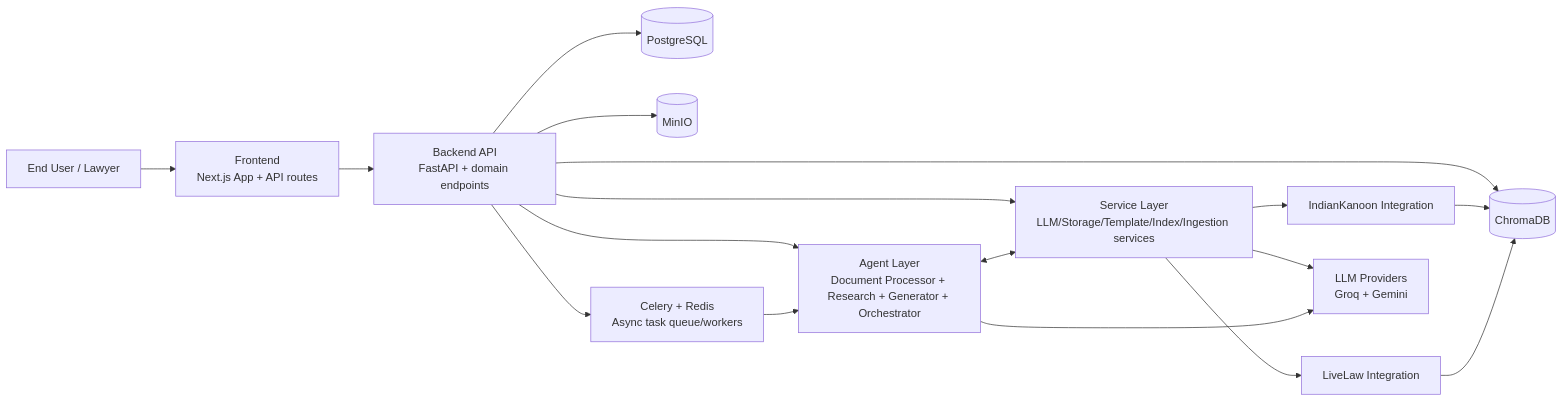
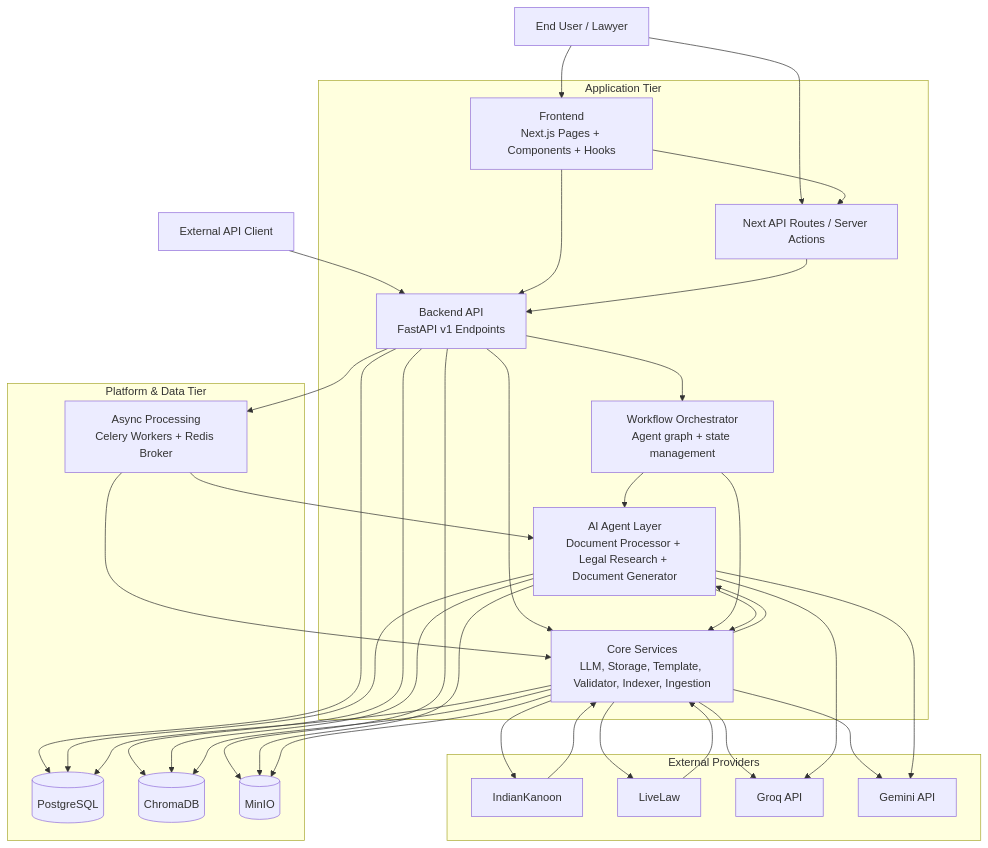
The first of 4 diagrams in docs/system_architecture_diagram.md (delisha02/droitdraft), drawn with Mermaid before and after one commit. The commit also changed other lines of this file, not shown here.

Commit message:
Refine block diagram with explicit interaction mapping

````diff
--- a/docs/system_architecture_diagram.md
+++ b/docs/system_architecture_diagram.md
@@ -7,25 +7,76 @@
 ```mermaid
-flowchart LR
-    User[End User / Lawyer] --> FE[Frontend\nNext.js App + API routes]
-    FE --> BE[Backend API\nFastAPI + domain endpoints]
+flowchart TB
+    %% Clients
+    User[End User / Lawyer]
+    APIClient[External API Client]
 
-    BE --> AG[Agent Layer\nDocument Processor + Research + Generator + Orchestrator]
-    BE --> SV[Service Layer\nLLM/Storage/Template/Index/Ingestion services]
+    %% Application
+    subgraph APP[Application Tier]
+        FE[Frontend\nNext.js Pages + Components + Hooks]
+        NextAPI[Next API Routes / Server Actions]
+        BE[Backend API\nFastAPI v1 Endpoints]
+        Orch[Workflow Orchestrator\nAgent graph + state management]
+        Agents[AI Agent Layer\nDocument Processor + Legal Research + Document Generator]
+        Services[Core Services\nLLM, Storage, Template, Validator, Indexer, Ingestion]
+    end
 
-    AG <--> SV
+    %% Async + Data
+    subgraph PLATFORM[Platform & Data Tier]
+        Queue[Async Processing\nCelery Workers + Redis Broker]
+        PG[(PostgreSQL)]
+        CH[(ChromaDB)]
+        MO[(MinIO)]
+    end
 
-    BE --> PG[(PostgreSQL)]
-    BE --> CH[(ChromaDB)]
-    BE --> MO[(MinIO)]
+    %% External
+    subgraph EXT[External Providers]
+        IK[IndianKanoon]
+        LL[LiveLaw]
+        Groq[Groq API]
+        Gemini[Gemini API]
+    end
 
-    BE --> CQ[Celery + Redis\nAsync task queue/workers]
-    CQ --> AG
+    %% Interaction edges (explicit)
+    User --> FE
+    User --> NextAPI
+    APIClient --> BE
 
-    SV --> IK[IndianKanoon Integration]
-    SV --> LL[LiveLaw Integration]
-    IK --> CH
-    LL --> CH
+    FE --> NextAPI
+    FE --> BE
+    NextAPI --> BE
 
-    SV --> LLM[LLM Providers\nGroq + Gemini]
-    AG --> LLM
+    BE --> Orch
+    BE --> Services
+    BE --> Queue
+
+    Orch --> Agents
+    Orch --> Services
+
+    Agents --> Services
+    Services --> Agents
+
+    Queue --> Agents
+    Queue --> Services
+
+    BE --> PG
+    BE --> CH
+    BE --> MO
+
+    Agents --> PG
+    Agents --> CH
+    Agents --> MO
+
+    Services --> PG
+    Services --> CH
+    Services --> MO
+
+    Services --> IK
+    Services --> LL
+    IK --> Services
+    LL --> Services
+
+    Services --> Groq
+    Services --> Gemini
+    Agents --> Groq
+    Agents --> Gemini
 ```
````
